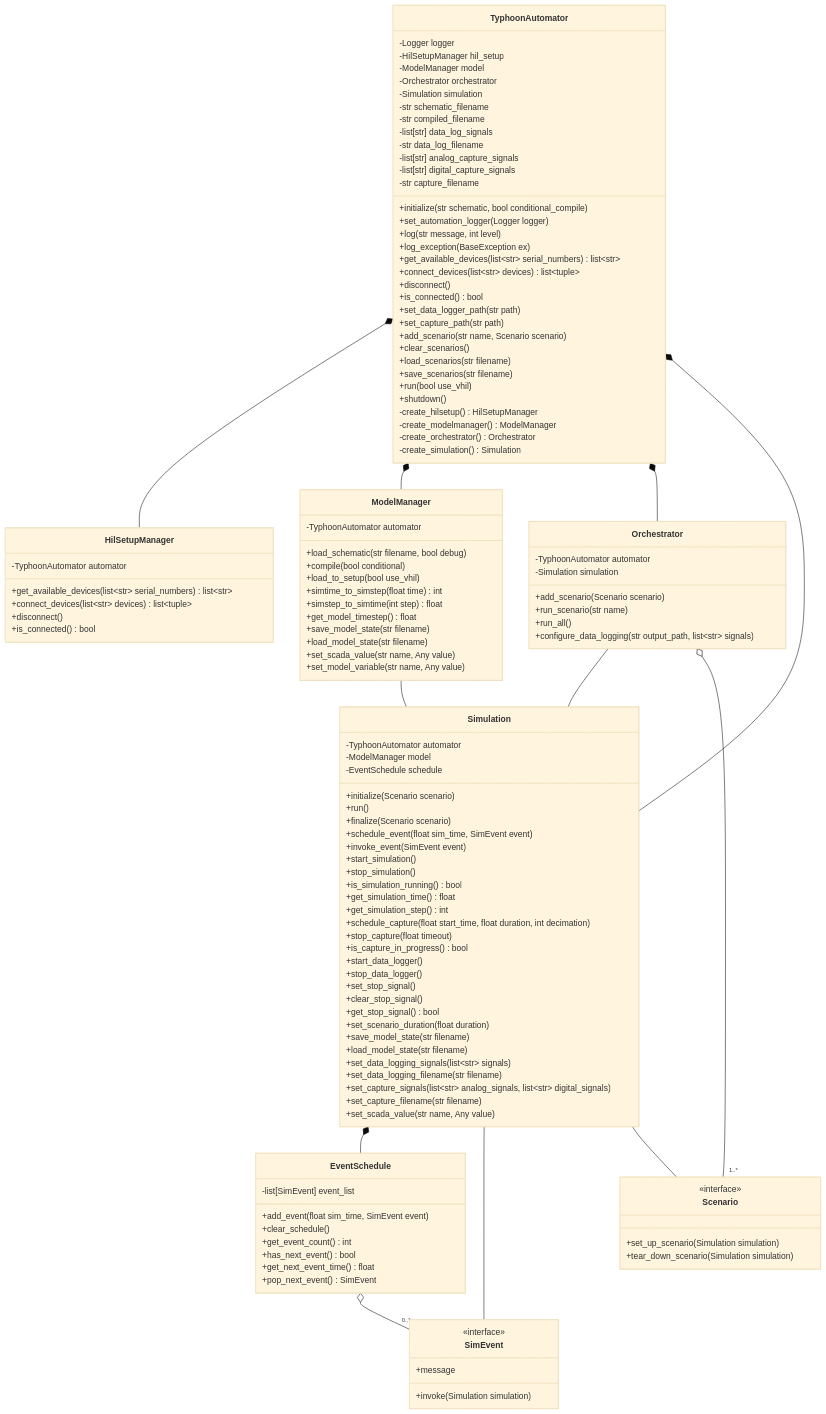
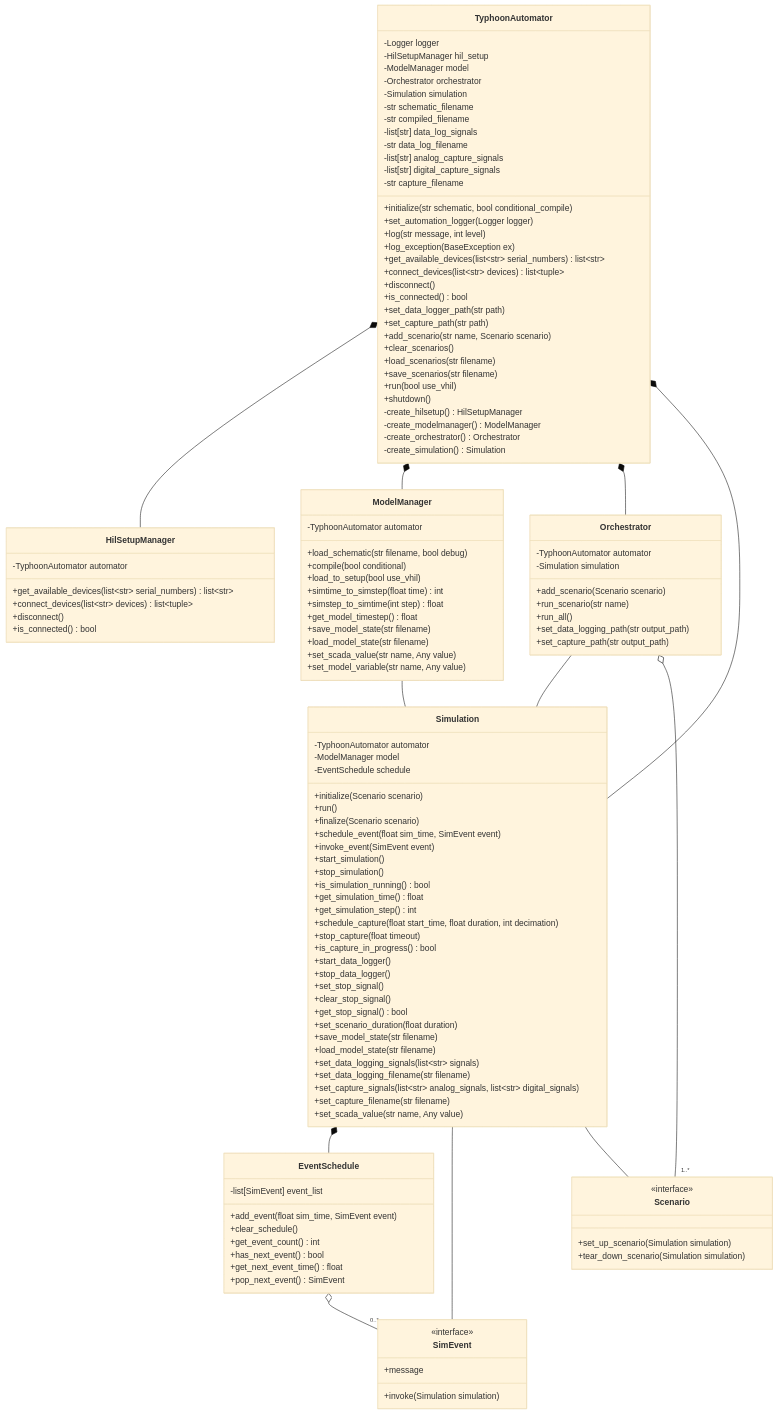
The diagram in docs/code/classes.md (UWM-SEES/TyphoonAutomation), drawn with Mermaid (base theme) before and after one commit.

```diff
--- a/docs/code/classes.md
+++ b/docs/code/classes.md
@@ -89,7 +89,8 @@
     +run_scenario(str name)
     +run_all()
 
-    +configure_data_logging(str output_path, list~str~ signals)
+    +set_data_logging_path(str output_path)
+    +set_capture_path(str output_path)
   }
 
   Orchestrator -- Simulation
```
